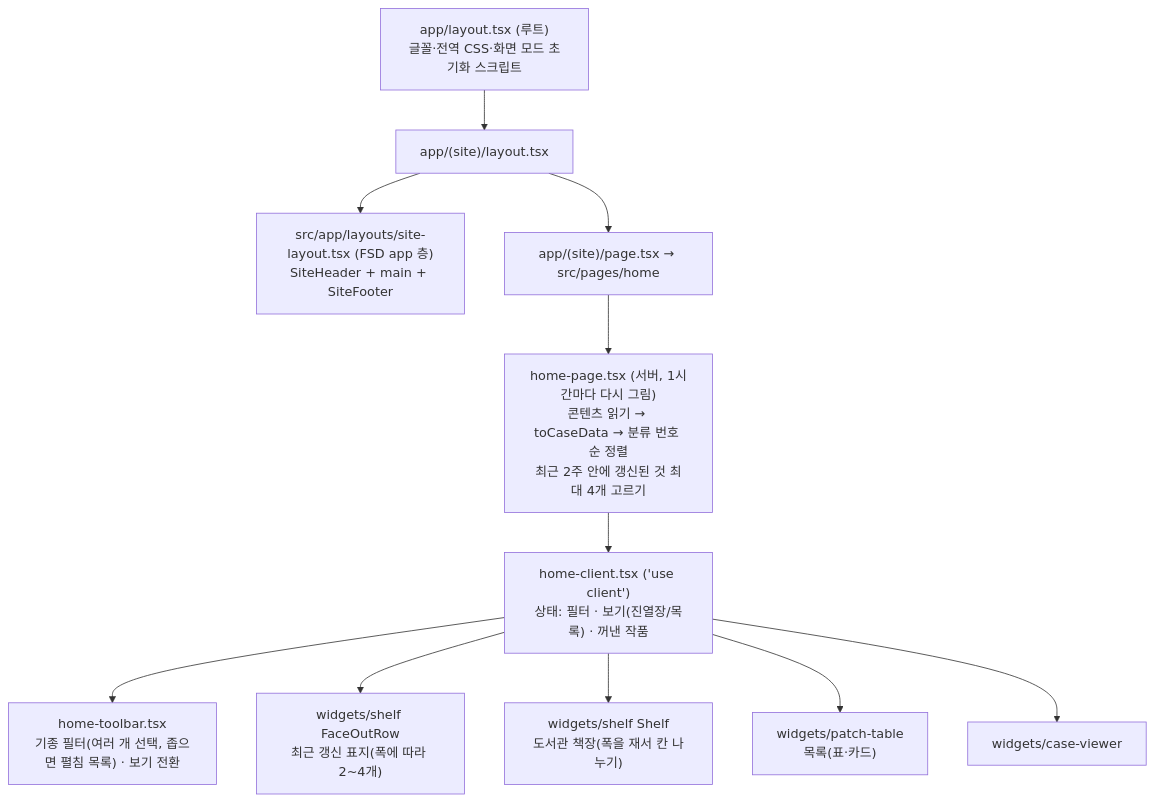
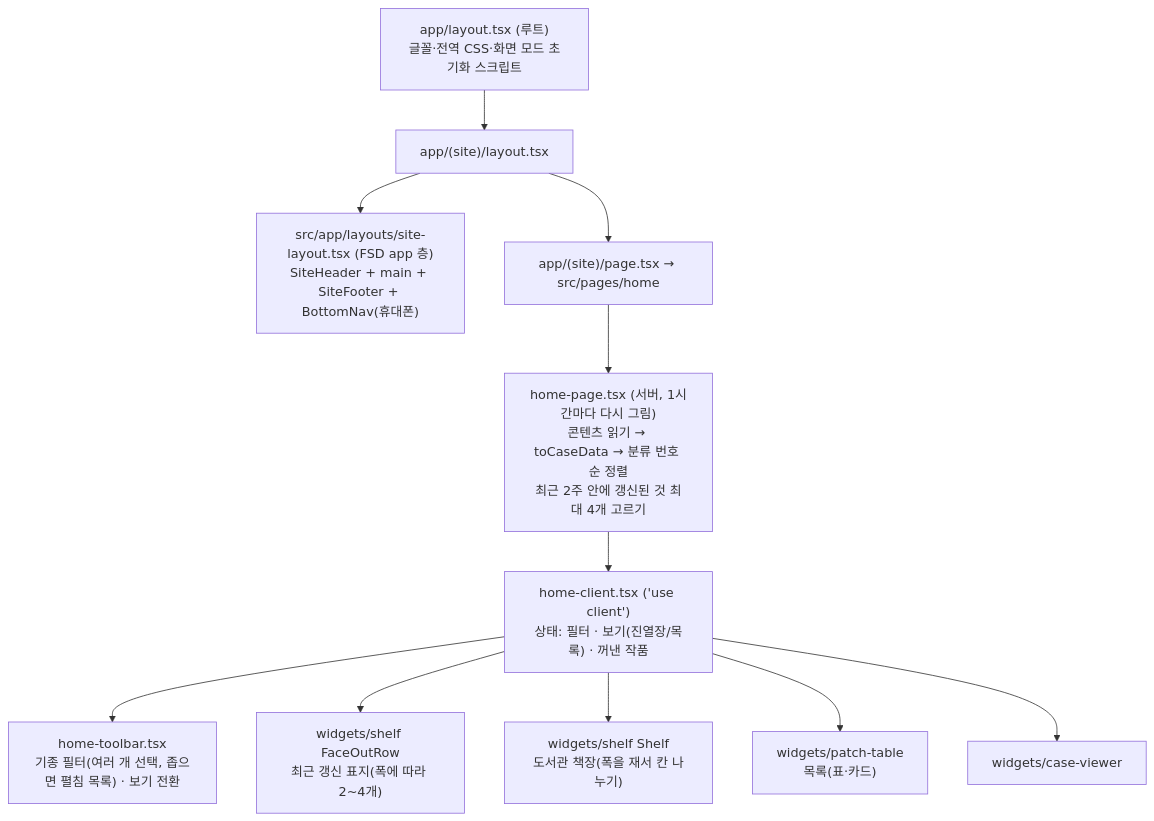
Diagram 14 of 16 in docs/learning/app-flow.md (arqhive/arqhive-web), drawn with Mermaid before and after one commit. The commit also changed other lines of this file and 6 other files, not shown here.

````diff
--- a/docs/learning/app-flow.md
+++ b/docs/learning/app-flow.md
@@ -288,13 +288,13 @@
 ```mermaid
 flowchart TB
   root["app/layout.tsx (루트)<br/>글꼴·전역 CSS·화면 모드 초기화 스크립트"] --> grp["app/(site)/layout.tsx"]
-  grp --> sl["src/app/layouts/site-layout.tsx (FSD app 층)<br/>SiteHeader + main + SiteFooter"]
+  grp --> sl["src/app/layouts/site-layout.tsx (FSD app 층)<br/>SiteHeader + main + SiteFooter + BottomNav(휴대폰)"]
   grp --> page["app/(site)/page.tsx → src/pages/home"]
   page --> hp["home-page.tsx (서버, 1시간마다 다시 그림)<br/>콘텐츠 읽기 → toCaseData → 분류 번호 순 정렬<br/>최근 2주 안에 갱신된 것 최대 4개 고르기"]
   hp --> hc["home-client.tsx ('use client')<br/>상태: 필터 · 보기(진열장/목록) · 꺼낸 작품"]
   hc --> tb["home-toolbar.tsx<br/>기종 필터(여러 개 선택, 좁으면 펼침 목록) · 보기 전환"]
   hc --> fo["widgets/shelf FaceOutRow<br/>최근 갱신 표지(폭에 따라 2~4개)"]
   hc --> sh["widgets/shelf Shelf<br/>도서관 책장(폭을 재서 칸 나누기)"]
   hc --> pt["widgets/patch-table<br/>목록(표·카드)"]
   hc --> cv["widgets/case-viewer"]
 ```
````
